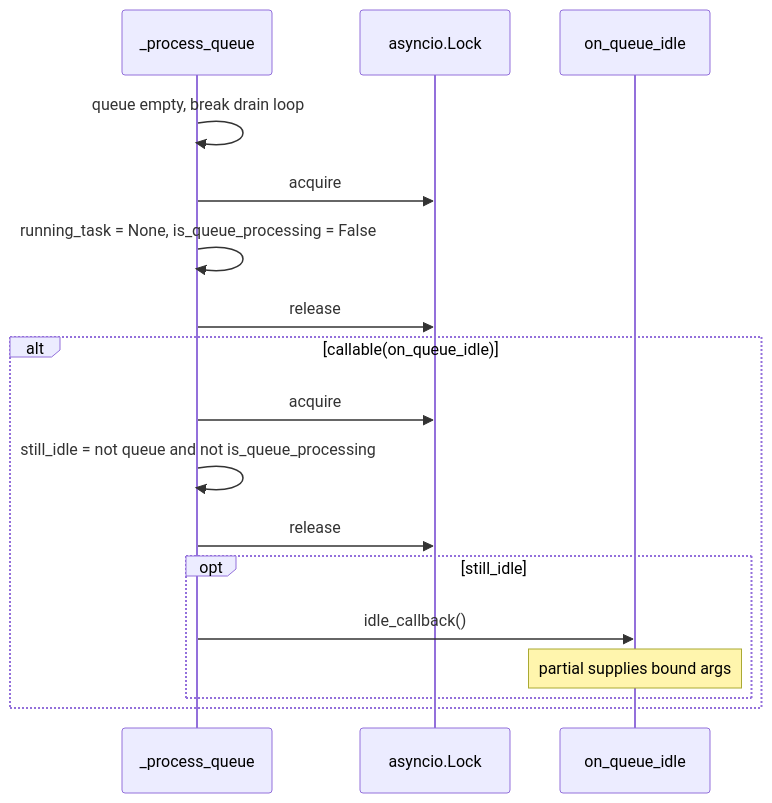
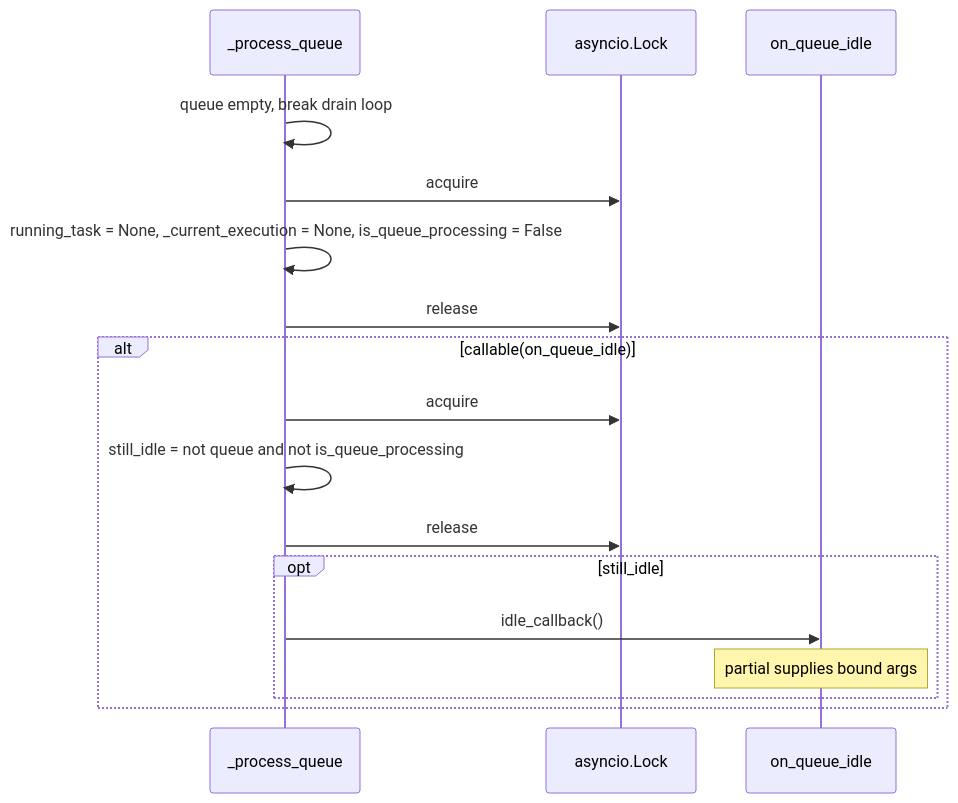
The sixth of 9 diagrams in .cursor/plans/system_architecture_workflow_b2d79ca7.plan.md (scoville/test_filter_queue), drawn with Mermaid before and after one commit. The commit also changed other lines of this file and 3 other files, not shown here.

````diff
--- a/.cursor/plans/system_architecture_workflow_b2d79ca7.plan.md
+++ b/.cursor/plans/system_architecture_workflow_b2d79ca7.plan.md
@@ -230,21 +231,21 @@
 ```mermaid
 sequenceDiagram
     participant Process as _process_queue
     participant Lock as asyncio.Lock
     participant Hook as on_queue_idle
 
     Process->>Process: queue empty, break drain loop
     Process->>Lock: acquire
-    Process->>Process: running_task = None, is_queue_processing = False
+    Process->>Process: running_task = None, _current_execution = None, is_queue_processing = False
     Process->>Lock: release
 
     alt callable(on_queue_idle)
         Process->>Lock: acquire
         Process->>Process: still_idle = not queue and not is_queue_processing
         Process->>Lock: release
         opt still_idle
             Process->>Hook: idle_callback()
             Note over Hook: partial supplies bound args
         end
     end
 ```
````
